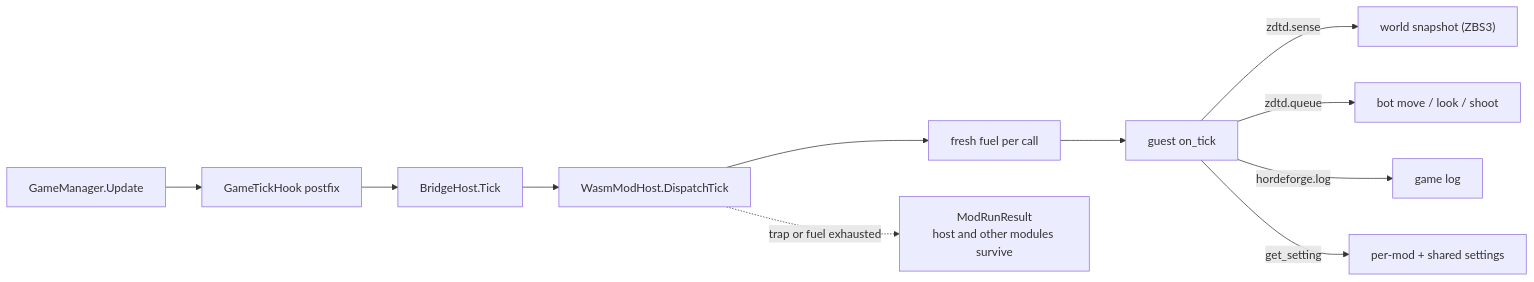
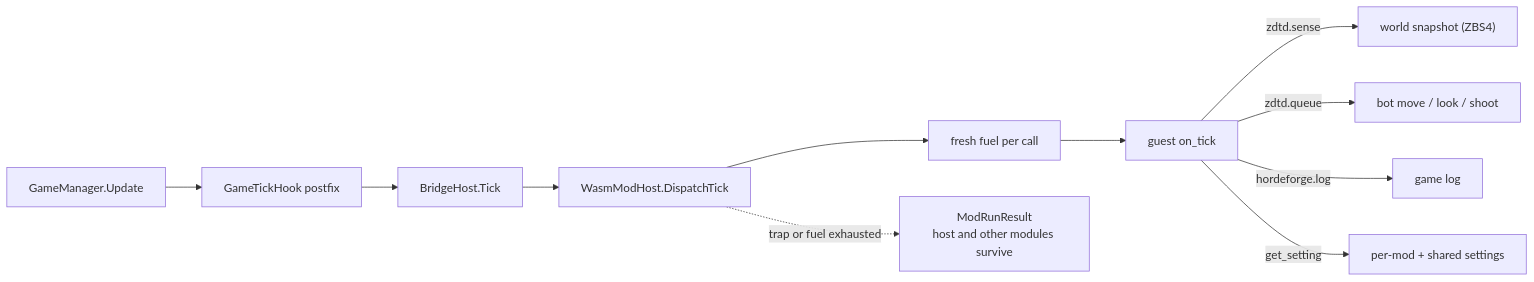
One commit to hordeforge/7dtd-wasm changed the second of 4 diagrams in README.md. Above: the diagram before and after it, drawn with Mermaid. The commit also changed 12 other files, not shown here.

````diff
--- a/README.md
+++ b/README.md
@@ -80,13 +80,13 @@
 ```mermaid
 flowchart LR
     U["GameManager.Update"] --> H["GameTickHook postfix"]
     H --> T["BridgeHost.Tick"]
     T --> D["WasmModHost.DispatchTick"]
     D --> F["fresh fuel per call"]
     F --> G["guest on_tick"]
-    G -->|"zdtd.sense"| S["world snapshot (ZBS3)"]
+    G -->|"zdtd.sense"| S["world snapshot (ZBS4)"]
     G -->|"zdtd.queue"| Q["bot move / look / shoot"]
     G -->|"hordeforge.log"| L["game log"]
     G -->|"get_setting"| K["per-mod + shared settings"]
     D -. "trap or fuel exhausted" .-> R["ModRunResult<br/>host and other modules survive"]
 ```
````
